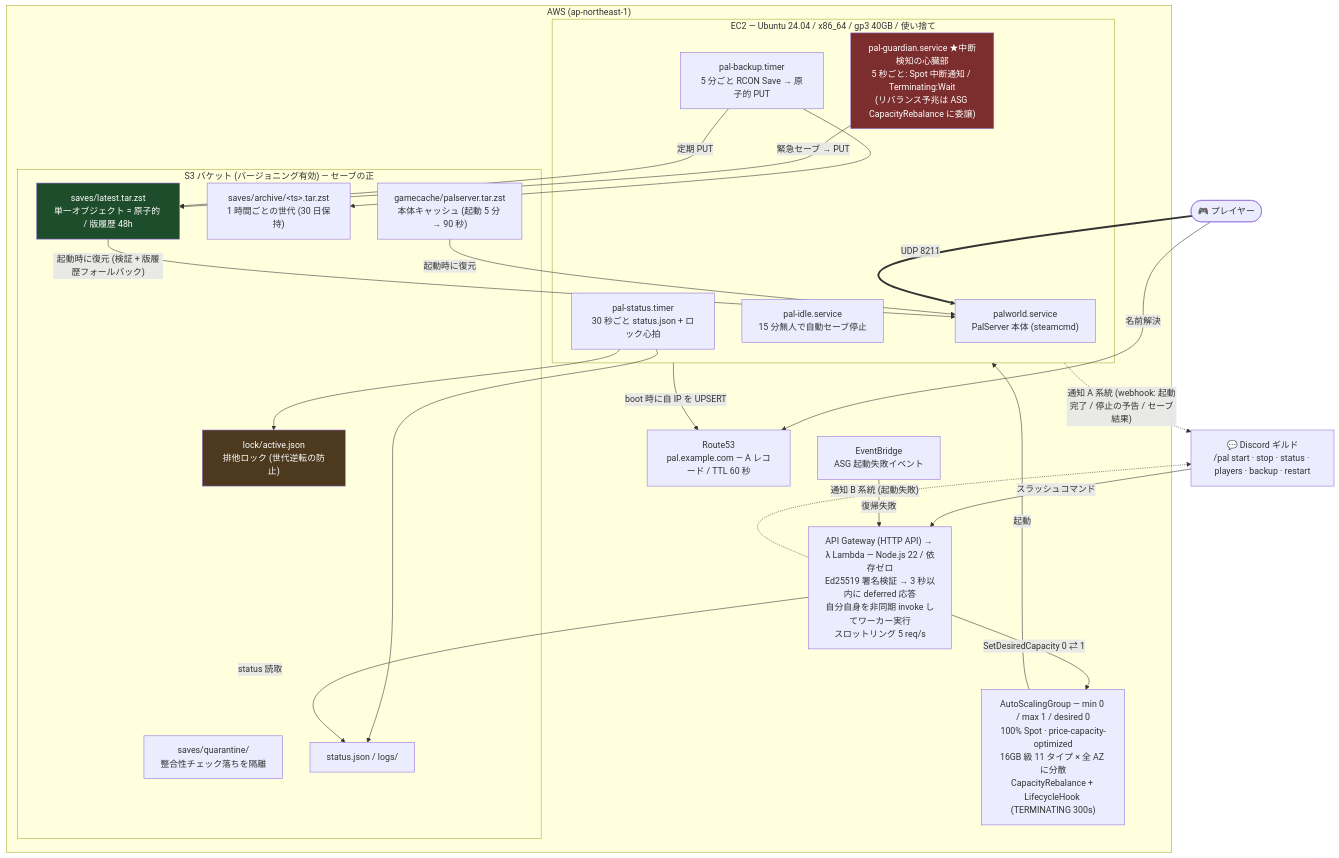
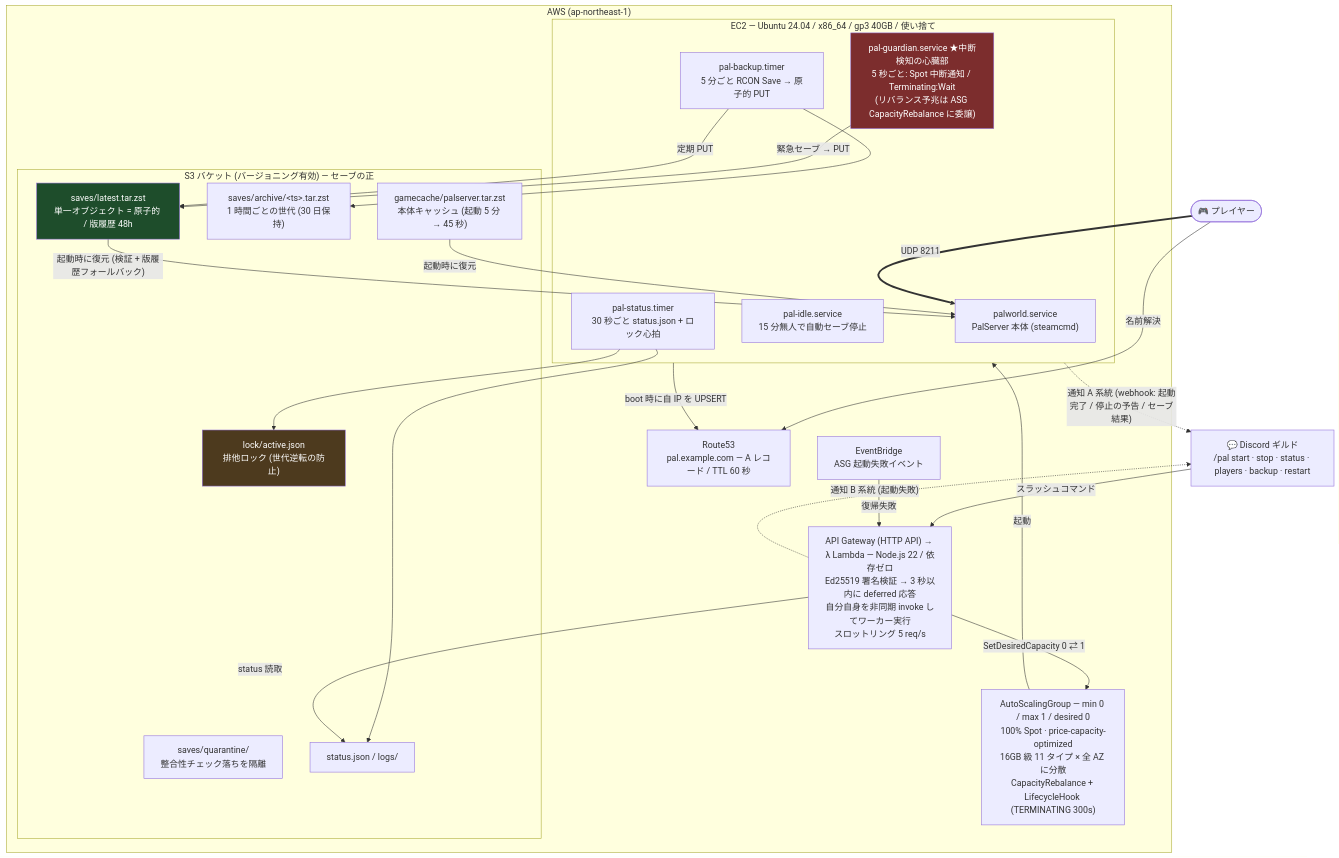
The diagram in DESIGN.md (azarasi1226/palworld-server), drawn with Mermaid before and after one commit. The commit also changed 2 other files, not shown here.

Commit message:
コメント修正

````diff
--- a/DESIGN.md
+++ b/DESIGN.md
@@ -39,51 +39,51 @@
 ```mermaid
 flowchart TB
     player(["🎮 プレイヤー"])
     discord["💬 Discord ギルド<br>/pal start · stop · status · players · backup · restart"]
 
     subgraph aws["AWS (ap-northeast-1)"]
         lambda["API Gateway (HTTP API) → λ Lambda — Node.js 22 / 依存ゼロ<br>Ed25519 署名検証 → 3 秒以内に deferred 応答<br>自分自身を非同期 invoke してワーカー実行<br>スロットリング 5 req/s"]
         eb["EventBridge<br>ASG 起動失敗イベント"]
         asg["AutoScalingGroup — min 0 / max 1 / desired 0<br>100% Spot · price-capacity-optimized<br>16GB 級 11 タイプ × 全 AZ に分散<br>CapacityRebalance + LifecycleHook (TERMINATING 300s)"]
         r53["Route53<br>pal.example.com — A レコード / TTL 60 秒"]
 
         subgraph ec2["EC2 — Ubuntu 24.04 / x86_64 / gp3 40GB / 使い捨て"]
             pal["palworld.service<br>PalServer 本体 (steamcmd)"]
             guardian["pal-guardian.service ★中断検知の心臓部<br>5 秒ごと: Spot 中断通知 / Terminating:Wait<br>(リバランス予兆は ASG CapacityRebalance に委譲)"]
             backupt["pal-backup.timer<br>5 分ごと RCON Save → 原子的 PUT"]
             idle["pal-idle.service<br>15 分無人で自動セーブ停止"]
             statust["pal-status.timer<br>30 秒ごと status.json + ロック心拍"]
         end
 
         subgraph s3["S3 バケット (バージョニング有効) — セーブの正"]
             latest["saves/latest.tar.zst<br>単一オブジェクト = 原子的 / 版履歴 48h"]
             archive["saves/archive/&lt;ts&gt;.tar.zst<br>1 時間ごとの世代 (30 日保持)"]
             quarantine["saves/quarantine/<br>整合性チェック落ちを隔離"]
             lock["lock/active.json<br>排他ロック (世代逆転の防止)"]
-            cache["gamecache/palserver.tar.zst<br>本体キャッシュ (起動 5 分 → 90 秒)"]
+            cache["gamecache/palserver.tar.zst<br>本体キャッシュ (起動 5 分 → 45 秒)"]
             statusj["status.json / logs/"]
         end
     end
 
     discord -- "スラッシュコマンド" --> lambda
     lambda -- "SetDesiredCapacity 0 ⇄ 1" --> asg
     eb -- "復帰失敗" --> lambda
     lambda -. "通知 B 系統 (起動失敗)" .-> discord
     asg -- "起動" --> ec2
     ec2 -- "boot 時に自 IP を UPSERT" --> r53
     player -- "名前解決" --> r53
     player == "UDP 8211" ==> pal
     guardian -- "緊急セーブ → PUT" --> latest
     backupt -- "定期 PUT" --> latest
     backupt --> archive
     statust --> statusj
     statust --> lock
     ec2 -. "通知 A 系統 (webhook: 起動完了 / 停止の予告 / セーブ結果)" .-> discord
     lambda -- "status 読取" --> statusj
     cache -- "起動時に復元" --> pal
     latest -- "起動時に復元 (検証 + 版履歴フォールバック)" --> pal
 
     style guardian fill:#7c2d2d,color:#fff
     style latest fill:#1e4d2b,color:#fff
     style lock fill:#4d3a1e,color:#fff
 ```
````
